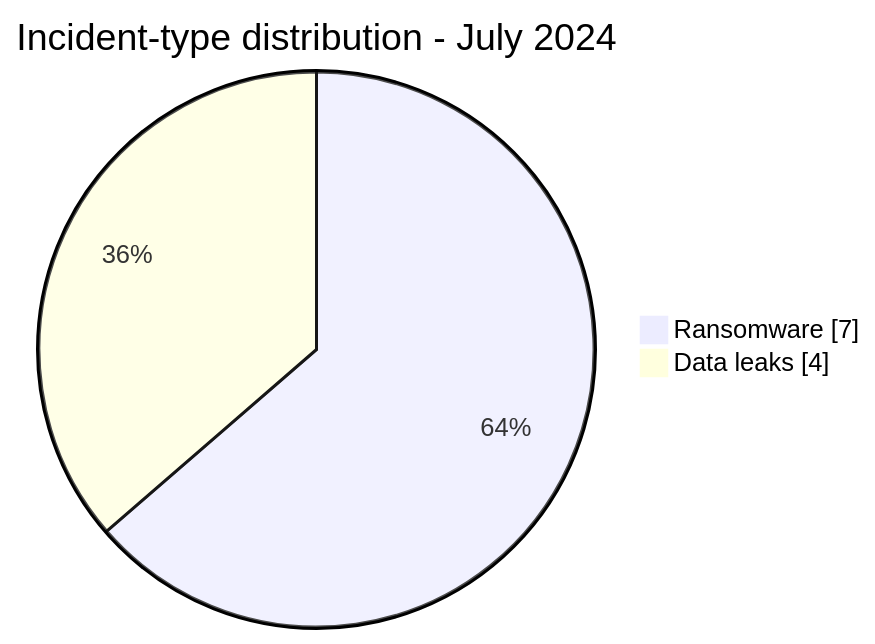
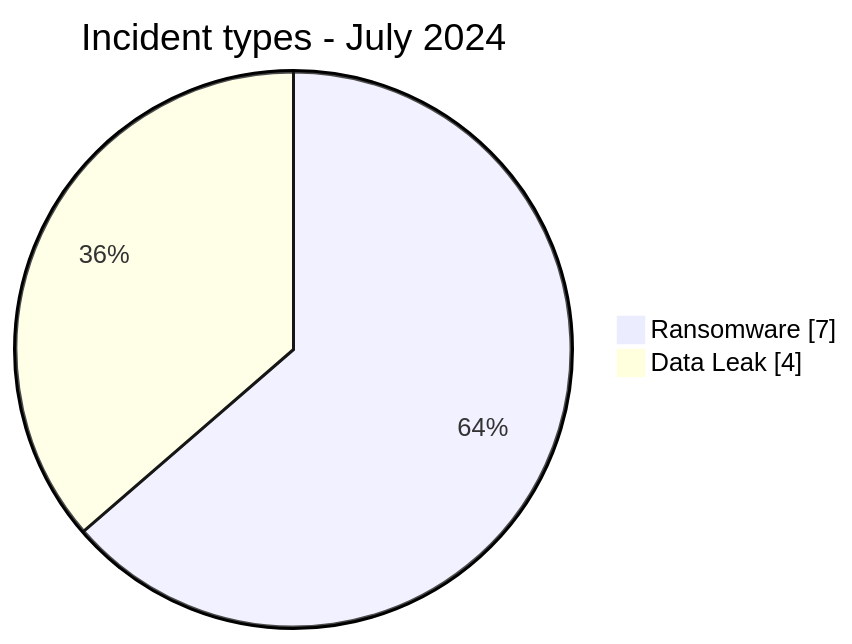
The first of 3 diagrams in CyberAttackAfrica/2024/07-july/README.md (Hatchepsoute/AFRINTEL), drawn with Mermaid before and after one commit. The commit also changed other lines of this file and 60 other files, not shown here.

````diff
--- a/CyberAttackAfrica/2024/07-july/README.md
+++ b/CyberAttackAfrica/2024/07-july/README.md
@@ -54,6 +54,6 @@
 ```mermaid
 pie showData
-    title Incident-type distribution - July 2024
+    title Incident types - July 2024
     "Ransomware" : 7
-    "Data leaks" : 4
+    "Data Leak" : 4
 ```
````
